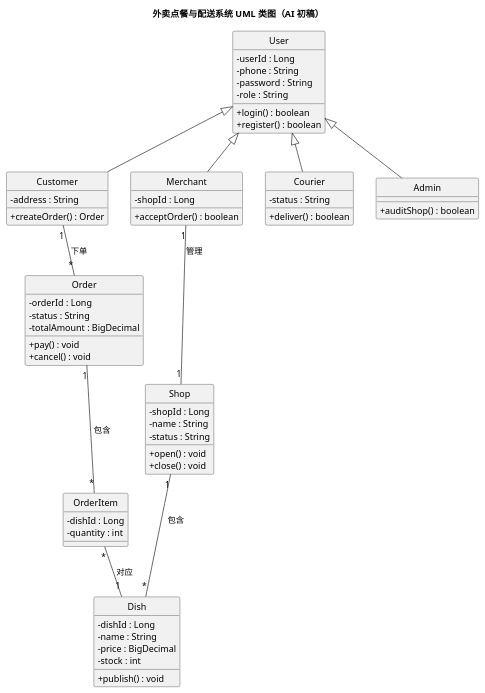
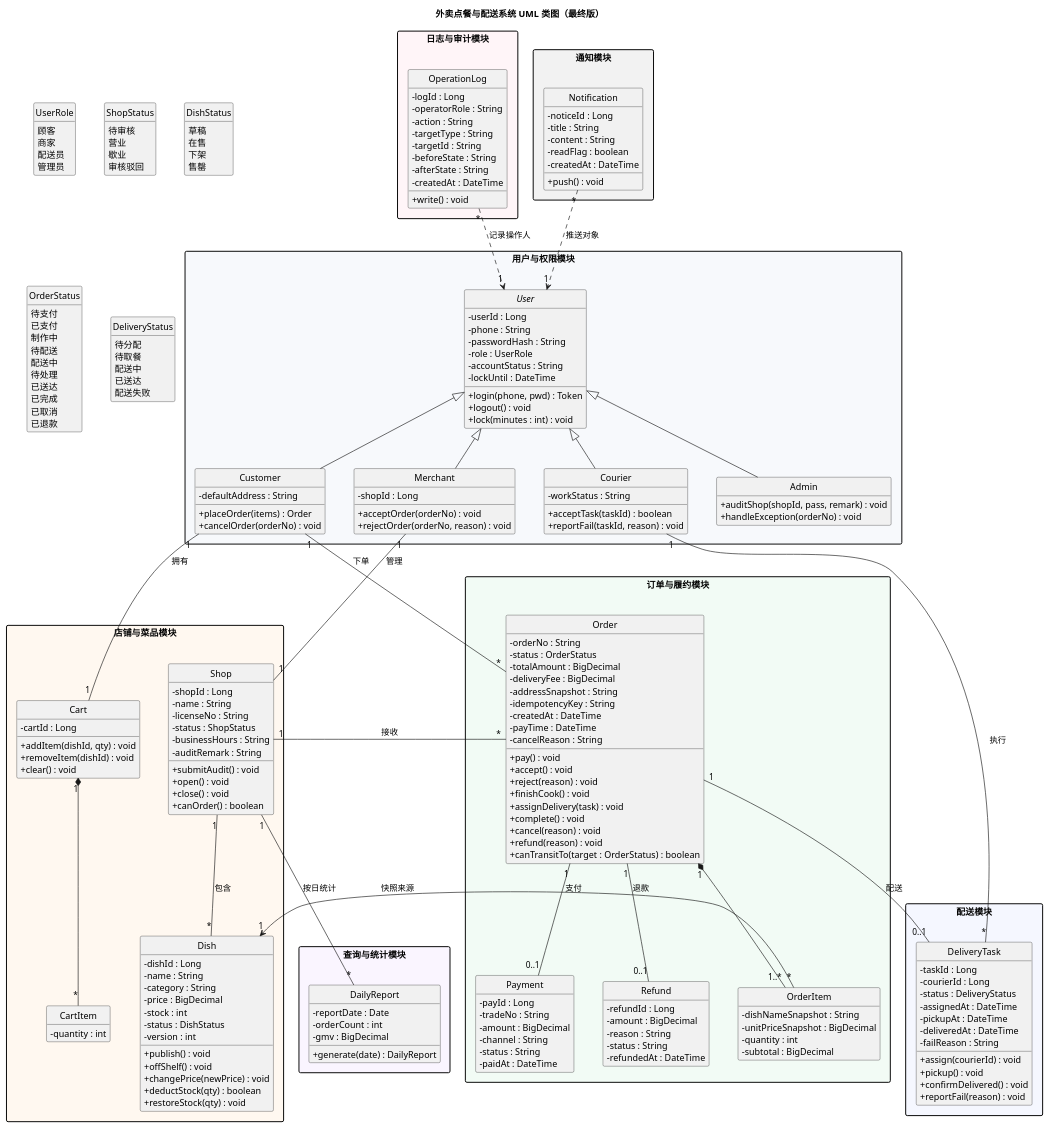
One commit to JZCTX/SEpa2026 changed the diagram in 实验2/UML/UML类图.puml. Above: the diagram before and after it, drawn with PlantUML. The commit also changed 26 other files, not shown here.

Commit message:
lab2: 人工审查与修改（补全类图/状态机/异常时序，完成 8 个 UI 与 AI 使用记录）

```diff
--- a/实验2/UML/UML类图.puml
+++ b/实验2/UML/UML类图.puml
@@ -3,75 +3,237 @@
 skinparam backgroundColor #FFFFFF
 skinparam shadowing false
 skinparam classAttributeIconSize 0
+skinparam classFontSize 14
+skinparam nodesep 45
+skinparam ranksep 55
+skinparam packageStyle rectangle
+hide empty members
 hide circle
 
-title 外卖点餐与配送系统 UML 类图（AI 初稿）
+title 外卖点餐与配送系统 UML 类图（最终版）
 
-class User {
-  -userId : Long
-  -phone : String
-  -password : String
-  -role : String
-  +login() : boolean
-  +register() : boolean
+package "用户与权限模块" #F7F9FC {
+  abstract class User {
+    - userId : Long
+    - phone : String
+    - passwordHash : String
+    - role : UserRole
+    - accountStatus : String
+    - lockUntil : DateTime
+    + login(phone, pwd) : Token
+    + logout() : void
+    + lock(minutes : int) : void
+  }
+  class Customer {
+    - defaultAddress : String
+    + placeOrder(items) : Order
+    + cancelOrder(orderNo) : void
+  }
+  class Merchant {
+    - shopId : Long
+    + acceptOrder(orderNo) : void
+    + rejectOrder(orderNo, reason) : void
+  }
+  class Courier {
+    - workStatus : String
+    + acceptTask(taskId) : boolean
+    + reportFail(taskId, reason) : void
+  }
+  class Admin {
+    + auditShop(shopId, pass, remark) : void
+    + handleException(orderNo) : void
+  }
 }
 
-class Customer {
-  -address : String
-  +createOrder() : Order
+package "店铺与菜品模块" #FFF8F0 {
+  class Shop {
+    - shopId : Long
+    - name : String
+    - licenseNo : String
+    - status : ShopStatus
+    - businessHours : String
+    - auditRemark : String
+    + submitAudit() : void
+    + open() : void
+    + close() : void
+    + canOrder() : boolean
+  }
+  class Dish {
+    - dishId : Long
+    - name : String
+    - category : String
+    - price : BigDecimal
+    - stock : int
+    - status : DishStatus
+    - version : int
+    + publish() : void
+    + offShelf() : void
+    + changePrice(newPrice) : void
+    + deductStock(qty) : boolean
+    + restoreStock(qty) : void
+  }
+  class Cart {
+    - cartId : Long
+    + addItem(dishId, qty) : void
+    + removeItem(dishId) : void
+    + clear() : void
+  }
+  class CartItem {
+    - quantity : int
+  }
 }
 
-class Merchant {
-  -shopId : Long
-  +acceptOrder() : boolean
+package "订单与履约模块" #F2FBF5 {
+  class Order {
+    - orderNo : String
+    - status : OrderStatus
+    - totalAmount : BigDecimal
+    - deliveryFee : BigDecimal
+    - addressSnapshot : String
+    - idempotencyKey : String
+    - createdAt : DateTime
+    - payTime : DateTime
+    - cancelReason : String
+    + pay() : void
+    + accept() : void
+    + reject(reason) : void
+    + finishCook() : void
+    + assignDelivery(task) : void
+    + complete() : void
+    + cancel(reason) : void
+    + refund(reason) : void
+    + canTransitTo(target : OrderStatus) : boolean
+  }
+  class OrderItem {
+    - dishNameSnapshot : String
+    - unitPriceSnapshot : BigDecimal
+    - quantity : int
+    - subtotal : BigDecimal
+  }
+  class Payment {
+    - payId : Long
+    - tradeNo : String
+    - amount : BigDecimal
+    - channel : String
+    - status : String
+    - paidAt : DateTime
+  }
+  class Refund {
+    - refundId : Long
+    - amount : BigDecimal
+    - reason : String
+    - status : String
+    - refundedAt : DateTime
+  }
 }
 
-class Courier {
-  -status : String
-  +deliver() : boolean
+package "配送模块" #F5F7FF {
+  class DeliveryTask {
+    - taskId : Long
+    - courierId : Long
+    - status : DeliveryStatus
+    - assignedAt : DateTime
+    - pickupAt : DateTime
+    - deliveredAt : DateTime
+    - failReason : String
+    + assign(courierId) : void
+    + pickup() : void
+    + confirmDelivered() : void
+    + reportFail(reason) : void
+  }
 }
 
-class Admin {
-  +auditShop() : boolean
+package "查询与统计模块" #FAF5FF {
+  class DailyReport {
+    - reportDate : Date
+    - orderCount : int
+    - gmv : BigDecimal
+    + generate(date) : DailyReport
+  }
 }
 
-class Shop {
-  -shopId : Long
-  -name : String
-  -status : String
-  +open() : void
-  +close() : void
+package "日志与审计模块" #FFF5F8 {
+  class OperationLog {
+    - logId : Long
+    - operatorRole : String
+    - action : String
+    - targetType : String
+    - targetId : String
+    - beforeState : String
+    - afterState : String
+    - createdAt : DateTime
+    + write() : void
+  }
 }
 
-class Dish {
-  -dishId : Long
-  -name : String
-  -price : BigDecimal
-  -stock : int
-  +publish() : void
-}
-
-class Order {
-  -orderId : Long
-  -status : String
-  -totalAmount : BigDecimal
-  +pay() : void
-  +cancel() : void
-}
-
-class OrderItem {
-  -dishId : Long
-  -quantity : int
+package "通知模块" #F2F2F2 {
+  class Notification {
+    - noticeId : Long
+    - title : String
+    - content : String
+    - readFlag : boolean
+    - createdAt : DateTime
+    + push() : void
+  }
 }
 
 User <|-- Customer
 User <|-- Merchant
 User <|-- Courier
 User <|-- Admin
+
 Merchant "1" -- "1" Shop : 管理
 Shop "1" -- "*" Dish : 包含
+Customer "1" -- "1" Cart : 拥有
+Cart "1" *-- "*" CartItem
 Customer "1" -- "*" Order : 下单
-Order "1" -- "*" OrderItem : 包含
-OrderItem "*" -- "1" Dish : 对应
+Shop "1" -- "*" Order : 接收
+Order "1" *-- "1..*" OrderItem
+OrderItem "*" --> "1" Dish : 快照来源
+Order "1" -- "0..1" Payment : 支付
+Order "1" -- "0..1" Refund : 退款
+Order "1" -- "0..1" DeliveryTask : 配送
+Courier "1" -- "*" DeliveryTask : 执行
+OperationLog "*" ..> "1" User : 记录操作人
+Notification "*" ..> "1" User : 推送对象
+Shop "1" -- "*" DailyReport : 按日统计
+
+enum UserRole {
+  顾客
+  商家
+  配送员
+  管理员
+}
+enum ShopStatus {
+  待审核
+  营业
+  歇业
+  审核驳回
+}
+enum DishStatus {
+  草稿
+  在售
+  下架
+  售罄
+}
+enum OrderStatus {
+  待支付
+  已支付
+  制作中
+  待配送
+  配送中
+  待处理
+  已送达
+  已完成
+  已取消
+  已退款
+}
+enum DeliveryStatus {
+  待分配
+  待取餐
+  配送中
+  已送达
+  配送失败
+}
 
 @enduml
```
